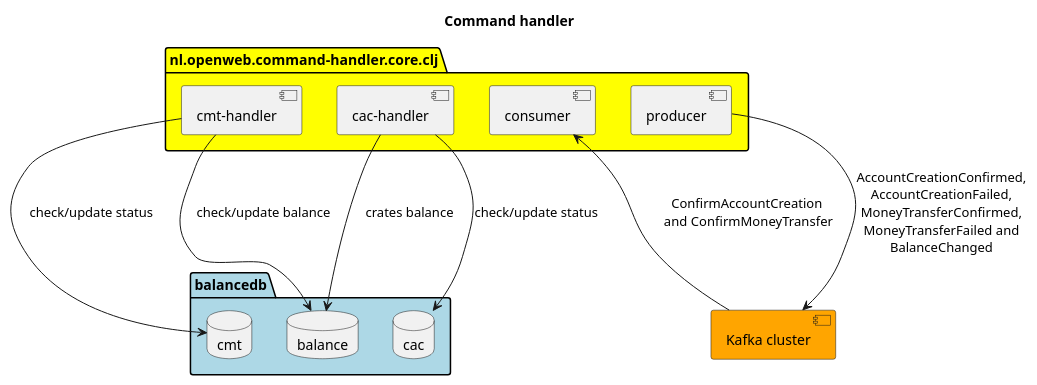
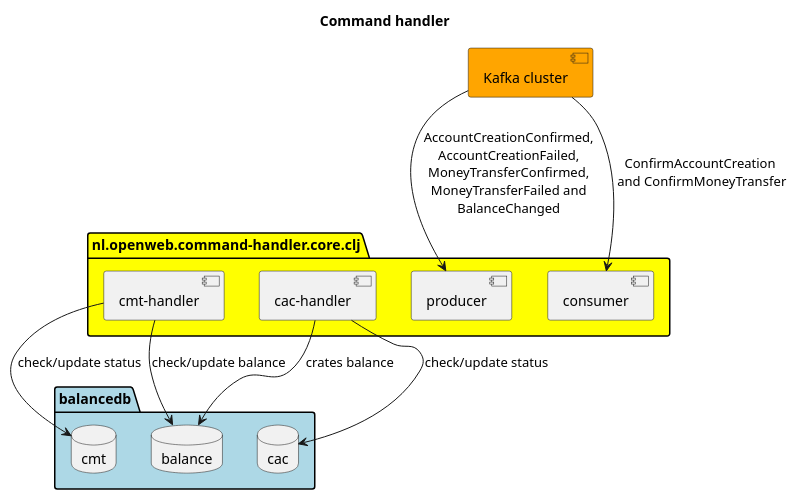
The diagram in resources/command-handler.puml (openweb-nl/open-bank-mark), drawn with PlantUML before and after one commit. The commit also changed 12 other files, not shown here.

Commit message:
small improvements to the uml's

```diff
--- a/resources/command-handler.puml
+++ b/resources/command-handler.puml
@@ -1,25 +1,25 @@
 @startuml
 
 title Command handler
 
 package "nl.openweb.command-handler.core.clj" #Yellow {
+    component consumer as c
+    component producer as p
     component "cmt-handler" as mth
     component "cac-handler" as ach
-    component consumer as c
-    component producer as p
 }
 package balancedb #LightBlue{
     database balance
     database cac
     database cmt
 }
 [Kafka cluster] as kc #Orange
 
 mth --> cmt :check/update status
 ach --> cac :check/update status
 mth --> balance :check/update balance
 ach --> balance :crates balance
-p --> kc :AccountCreationConfirmed,\nAccountCreationFailed,\nMoneyTransferConfirmed,\nMoneyTransferFailed and\nBalanceChanged
+kc --> p :AccountCreationConfirmed,\nAccountCreationFailed,\nMoneyTransferConfirmed,\nMoneyTransferFailed and\nBalanceChanged
 c <-- kc :ConfirmAccountCreation\n and ConfirmMoneyTransfer
 
 @enduml
```
